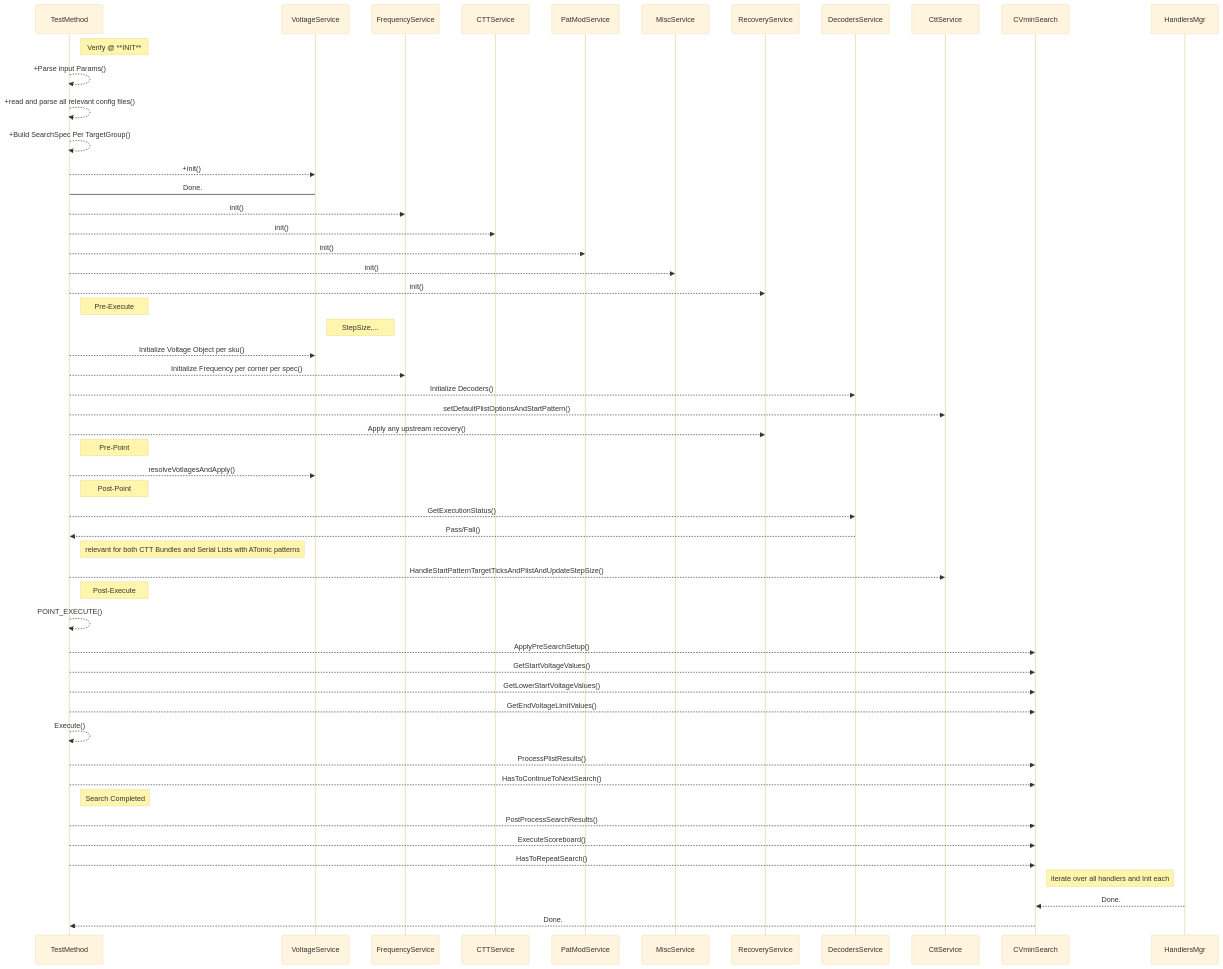
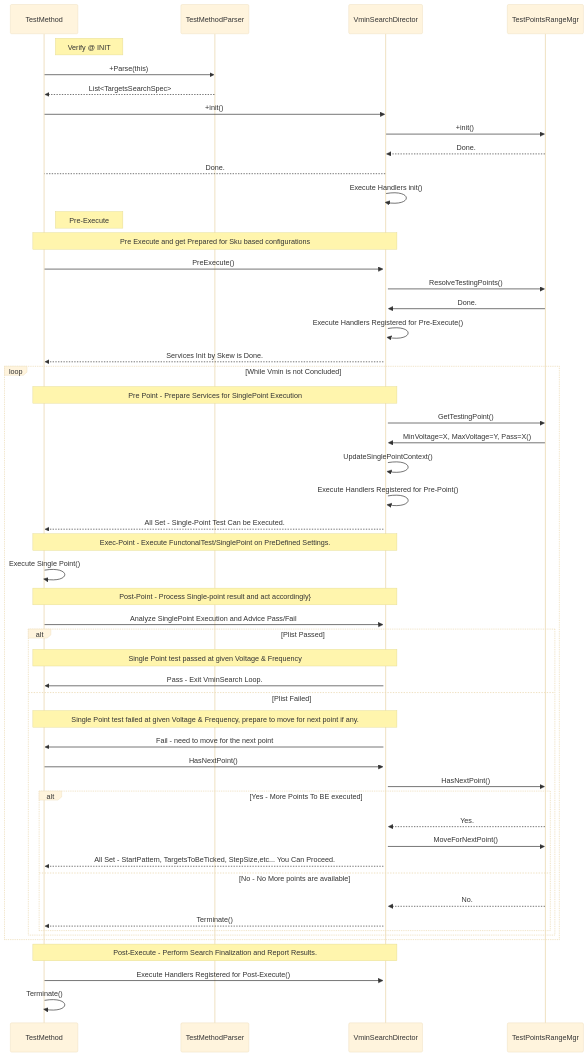
One commit to imahamdan/ctt_docs changed the first of 3 diagrams in Writerside/topics/Design.md. Above: the diagram before and after it, drawn with Mermaid (base theme). The commit also changed other lines of this file and 23 other files, not shown here.

````diff
--- a/Writerside/topics/Design.md
+++ b/Writerside/topics/Design.md
@@ -16,53 +16,55 @@
 ```mermaid
 sequenceDiagram
 
-    Note right of TestMethod: Verify @ **INIT** 
-    TestMethod -->> TestMethod: +Parse input Params()
-    TestMethod -->> TestMethod: +read and parse all relevant config files()
-    TestMethod -->> TestMethod: +Build SearchSpec Per TargetGroup()
-    TestMethod -->> VoltageService: +init() 
-    VoltageService -> TestMethod: Done.
-    TestMethod -->> FrequencyService: init() 
-    TestMethod -->> CTTService: init() 
-    TestMethod -->> PatModService: init() 
-    TestMethod -->> MiscService: init() 
-    TestMethod -->> RecoveryService: init() 
+    Note right of TestMethod: Verify @ INIT
+    TestMethod ->> TestMethodParser: +Parse(this)
+    TestMethodParser -->> TestMethod: List<TargetsSearchSpec>
+    TestMethod ->> VminSearchDirector: +init()
+    VminSearchDirector ->> TestPointsRangeMgr: +init()
+    TestPointsRangeMgr -->> VminSearchDirector: Done.
+    VminSearchDirector --> TestMethod: Done.
+    VminSearchDirector ->> VminSearchDirector: Execute Handlers init()
+
+  
+    Note right of TestMethod: Pre-Execute    
+    Note over TestMethod,VminSearchDirector: Pre Execute and get Prepared for Sku based configurations
+    TestMethod ->> +VminSearchDirector: PreExecute()
+    VminSearchDirector ->> TestPointsRangeMgr: ResolveTestingPoints()
+    TestPointsRangeMgr ->> VminSearchDirector: Done.
+    VminSearchDirector ->> VminSearchDirector: Execute Handlers Registered for Pre-Execute()
+    VminSearchDirector -->> TestMethod: Services Init by Skew is Done.
     
-    Note right of TestMethod: Pre-Execute    
-    Note right of VoltageService: StepSize,...    
-    TestMethod -->> VoltageService: Initialize Voltage Object per sku()
-    TestMethod -->> FrequencyService: Initialize Frequency per corner per spec()
-    TestMethod -->> DecodersService: Initialize Decoders()
-    TestMethod -->> CttService: setDefaultPlistOptionsAndStartPattern()
-    TestMethod -->> RecoveryService: Apply any upstream recovery()
+    loop While Vmin is not Concluded
+        Note over TestMethod,VminSearchDirector: Pre Point - Prepare Services for SinglePoint Execution
+        VminSearchDirector ->> TestPointsRangeMgr: GetTestingPoint()
+        TestPointsRangeMgr ->> VminSearchDirector: MinVoltage=X, MaxVoltage=Y, Pass=X()
+        VminSearchDirector ->> VminSearchDirector: UpdateSinglePointContext()
+        VminSearchDirector ->> VminSearchDirector: Execute Handlers Registered for Pre-Point()
+        VminSearchDirector -->> TestMethod: All Set - Single-Point Test Can be Executed.
     
-    Note right of TestMethod: Pre-Point
-    TestMethod -->> VoltageService: resolveVotlagesAndApply()
-
-    Note right of TestMethod: Post-Point
-    TestMethod -->> DecodersService: GetExecutionStatus()
-    DecodersService -->> TestMethod: Pass/Fail()
-
-    Note right of TestMethod: relevant for both CTT Bundles and Serial Lists with ATomic patterns 
-    TestMethod -->> CttService: HandleStartPatternTargetTicksAndPlistAndUpdateStepSize()
-
-    Note right of TestMethod: Post-Execute
-    
-    TestMethod -->> TestMethod: POINT_EXECUTE()
-    TestMethod -->> CVminSearch: ApplyPreSearchSetup()
-    TestMethod -->> CVminSearch: GetStartVoltageValues()
-    TestMethod -->> CVminSearch: GetLowerStartVoltageValues()
-    TestMethod -->> CVminSearch: GetEndVoltageLimitValues()
-    TestMethod -->> TestMethod: Execute()
-    TestMethod -->> CVminSearch: ProcessPlistResults()
-    TestMethod -->> CVminSearch: HasToContinueToNextSearch()
-    
-    Note right of TestMethod: Search Completed
-    TestMethod -->> CVminSearch: PostProcessSearchResults()
-    TestMethod -->> CVminSearch: ExecuteScoreboard()
-    TestMethod -->> CVminSearch: HasToRepeatSearch()
-    Note right of CVminSearch: iterate over all handlers and Init each
-    HandlersMgr -->> CVminSearch: Done.
-    CVminSearch -->> TestMethod: Done.
-    
+        Note over TestMethod,VminSearchDirector: Exec-Point - Execute FunctonalTest/SinglePoint on PreDefined Settings.
+        TestMethod ->> TestMethod: Execute Single Point()
+        Note over TestMethod,VminSearchDirector: Post-Point - Process Single-point result and act accordingly}
+        TestMethod ->> VminSearchDirector: Analyze SinglePoint Execution and Advice Pass/Fail
+        alt Plist Passed
+            Note over TestMethod,VminSearchDirector: Single Point test passed at given Voltage & Frequency
+            VminSearchDirector->>TestMethod: Pass - Exit VminSearch Loop.
+        else Plist Failed
+            Note over TestMethod,VminSearchDirector: Single Point test failed at given Voltage & Frequency, prepare to move for next point if any.
+            VminSearchDirector->>TestMethod: Fail - need to move for the next point
+            TestMethod ->> VminSearchDirector: HasNextPoint()
+            VminSearchDirector ->> TestPointsRangeMgr: HasNextPoint()
+            alt Yes - More Points To BE executed
+                TestPointsRangeMgr -->>VminSearchDirector: Yes.
+                VminSearchDirector ->> TestPointsRangeMgr: MoveForNextPoint()
+                VminSearchDirector -->> TestMethod: All Set - StartPattern, TargetsToBeTicked, StepSize,etc... You Can Proceed.
+            else No - No More points are available
+                TestPointsRangeMgr -->>VminSearchDirector: No.
+                VminSearchDirector -->> TestMethod: Terminate()
+            end
+        end
+    end
+    Note over TestMethod,VminSearchDirector: Post-Execute - Perform Search Finalization and Report Results.
+    TestMethod ->> VminSearchDirector: Execute Handlers Registered for Post-Execute()
+    TestMethod ->> TestMethod: Terminate()
 ```
````
